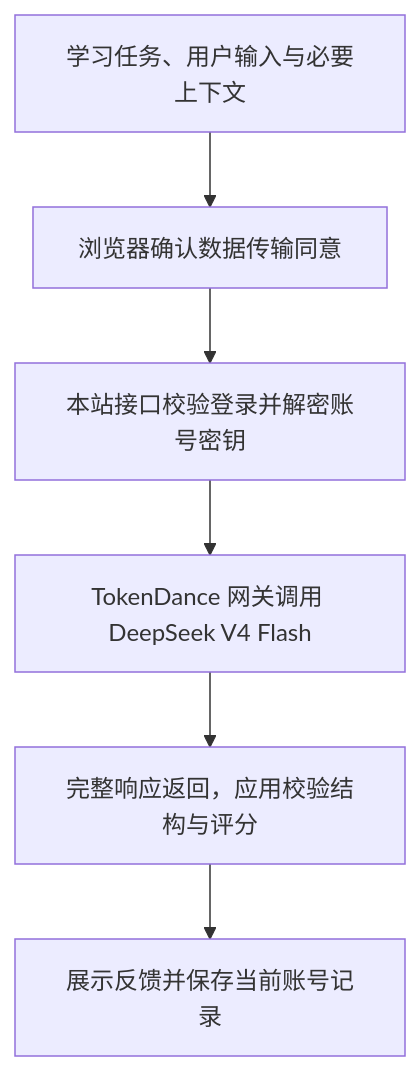
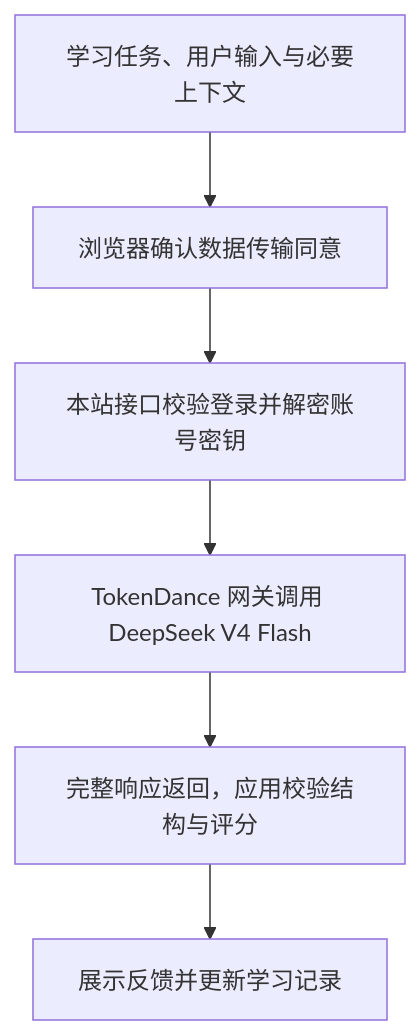
The second of 2 diagrams in README.md (HachikoJ/Feynman-Reader), drawn with Mermaid before and after one commit. The commit also changed other lines of this file and 1 other file, not shown here.

````diff
--- a/README.md
+++ b/README.md
@@ -114,8 +114,8 @@
 ```mermaid
 flowchart TD
   A[学习任务、用户输入与必要上下文] --> B[浏览器确认数据传输同意]
   B --> C[本站接口校验登录并解密账号密钥]
   C --> D[TokenDance 网关调用 DeepSeek V4 Flash]
   D --> E[完整响应返回，应用校验结构与评分]
-  E --> F[展示反馈并保存当前账号记录]
+  E --> F[展示反馈并更新学习记录]
 ```
````
